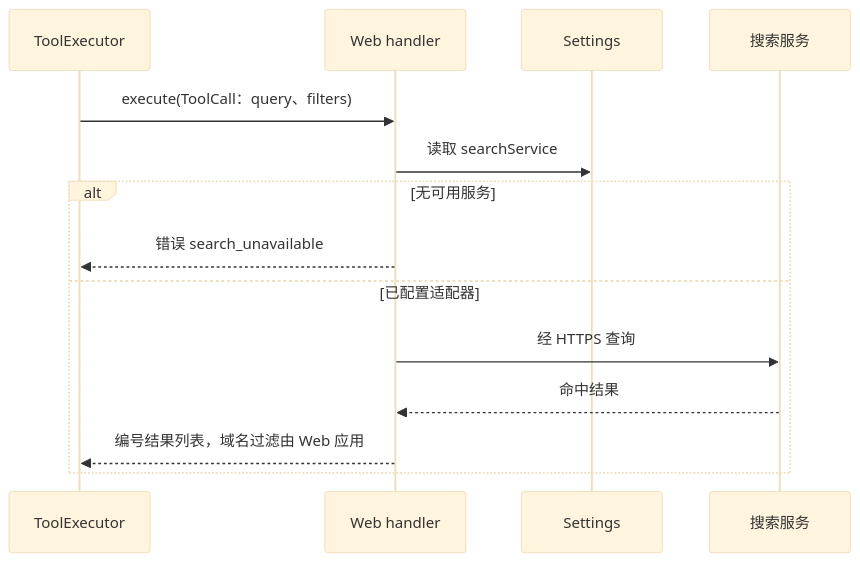
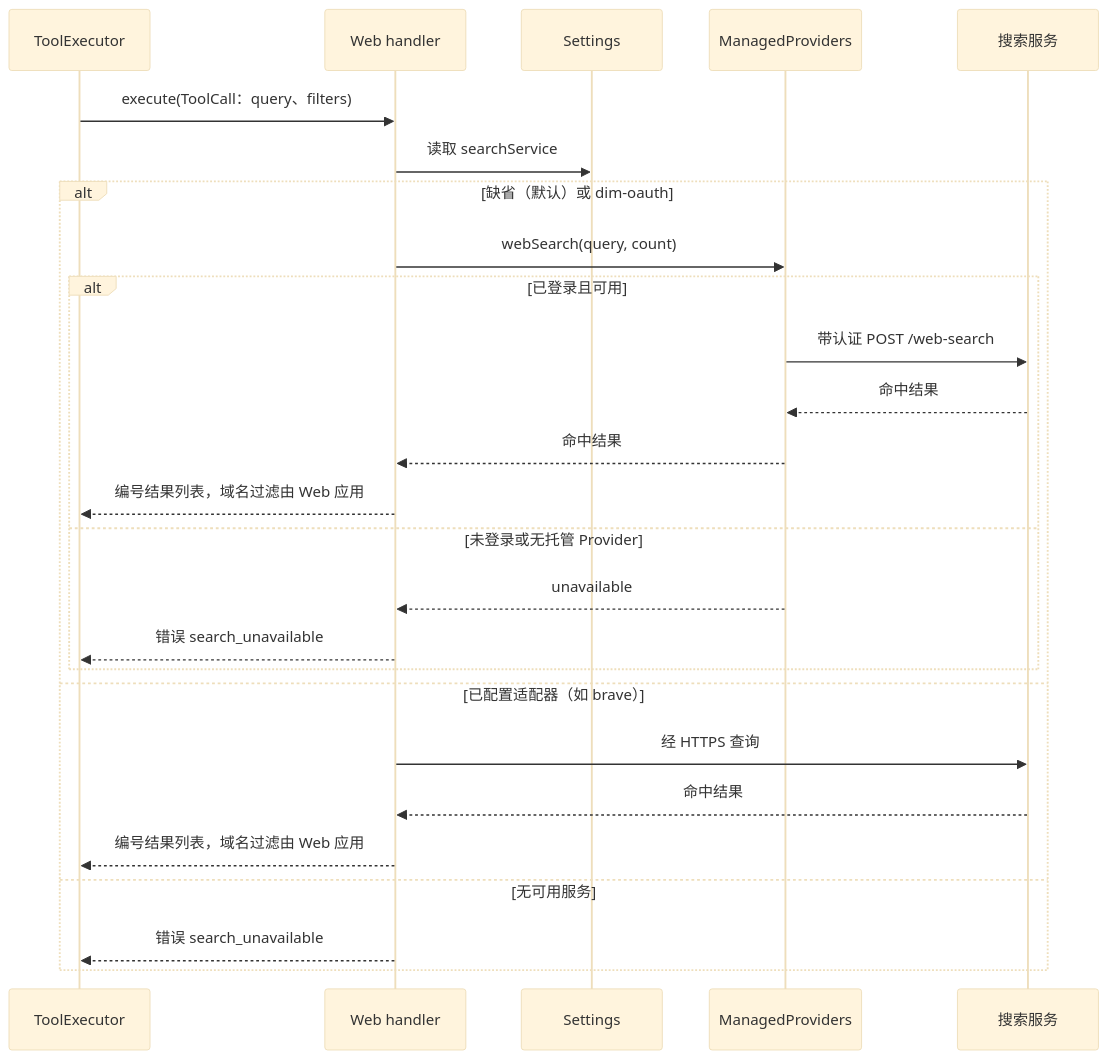
The fourth of 5 diagrams in docs/zh/design/plugins/Web.md (CoutinhoTTS/dim-agent), drawn with Mermaid (base theme) before and after one commit. The commit also changed other lines of this file and 44 other files, not shown here.

Commit message:
feat(web): migrate Web plugin to Rust and use Dim OAuth search by default

````diff
--- a/docs/zh/design/plugins/Web.md
+++ b/docs/zh/design/plugins/Web.md
@@ -93,16 +95,28 @@
 ```mermaid
 sequenceDiagram
   participant X as ToolExecutor
   participant W as Web handler
   participant S as Settings
+  participant M as ManagedProviders
   participant Q as 搜索服务
   X->>W: execute(ToolCall：query、filters)
   W->>S: 读取 searchService
-  alt 无可用服务
-    W-->>X: 错误 search_unavailable
-  else 已配置适配器
+  alt 缺省（默认）或 dim-oauth
+    W->>M: webSearch(query, count)
+    alt 已登录且可用
+      M->>Q: 带认证 POST /web-search
+      Q-->>M: 命中结果
+      M-->>W: 命中结果
+      W-->>X: 编号结果列表，域名过滤由 Web 应用
+    else 未登录或无托管 Provider
+      M-->>W: unavailable
+      W-->>X: 错误 search_unavailable
+    end
+  else 已配置适配器（如 brave）
     W->>Q: 经 HTTPS 查询
     Q-->>W: 命中结果
     W-->>X: 编号结果列表，域名过滤由 Web 应用
+  else 无可用服务
+    W-->>X: 错误 search_unavailable
   end
 ```
````
